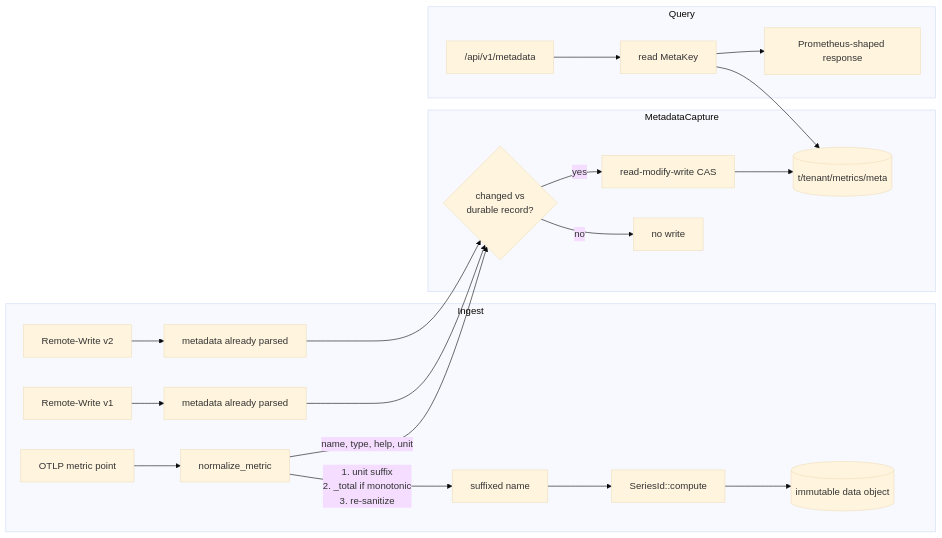
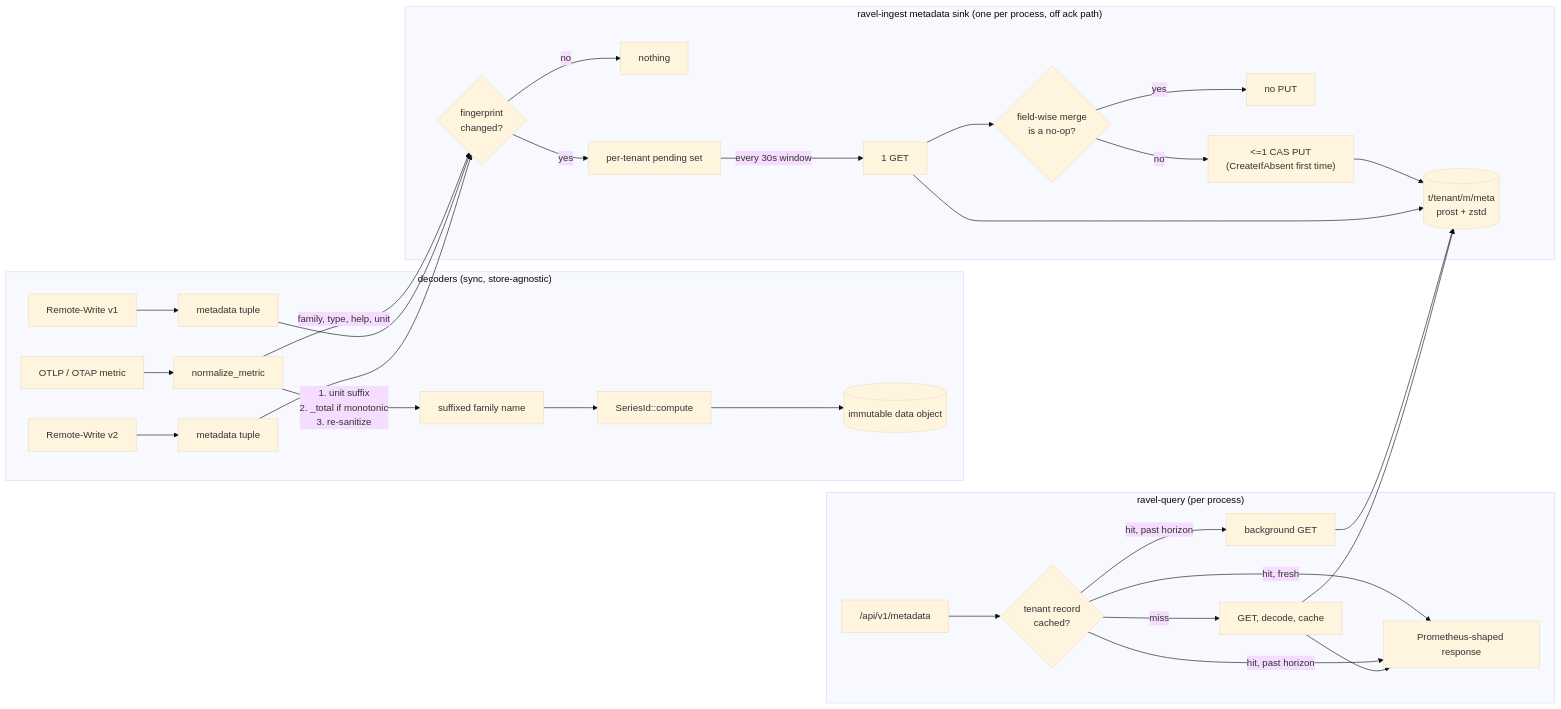
Before and after one commit to NOFireAI/ravel: the diagram in docs/adrs/0085-metric-metadata-and-otlp-suffixing.md, drawn with Mermaid (base theme). The commit also changed other lines of this file, not shown here.

First line of the commit message:
docs: amend ADR-0085 for request count and read latency

````diff
--- a/docs/adrs/0085-metric-metadata-and-otlp-suffixing.md
+++ b/docs/adrs/0085-metric-metadata-and-otlp-suffixing.md
@@ -264,24 +375,34 @@
 ```mermaid
 flowchart LR
-    subgraph Ingest
-        OTLP[OTLP metric point] --> Norm[normalize_metric]
-        RW1[Remote-Write v1] --> Meta1[metadata already parsed]
-        RW2[Remote-Write v2] --> Meta2[metadata already parsed]
-        Norm -->|"1. unit suffix<br/>2. _total if monotonic<br/>3. re-sanitize"| SuffixedName[suffixed name]
+    subgraph Decoders["decoders (sync, store-agnostic)"]
+        OTLP[OTLP / OTAP metric] --> Norm[normalize_metric]
+        RW1[Remote-Write v1] --> Meta1[metadata tuple]
+        RW2[Remote-Write v2] --> Meta2[metadata tuple]
+        Norm -->|"1. unit suffix<br/>2. _total if monotonic<br/>3. re-sanitize"| SuffixedName[suffixed family name]
         SuffixedName --> SeriesId[SeriesId::compute]
         SeriesId --> DataObj[(immutable data object)]
     end
-    subgraph MetadataCapture
-        Norm -->|"name, type, help, unit"| Cache{"changed vs<br/>durable record?"}
-        Meta1 --> Cache
-        Meta2 --> Cache
-        Cache -->|yes| CAS[read-modify-write CAS]
-        Cache -->|no| Skip[no write]
-        CAS --> MetaKey[(t/tenant/metrics/meta)]
+    subgraph Sink["ravel-ingest metadata sink (one per process, off ack path)"]
+        Norm -->|"family, type, help, unit"| FP{"fingerprint<br/>changed?"}
+        Meta1 --> FP
+        Meta2 --> FP
+        FP -->|no| Skip[nothing]
+        FP -->|yes| Pending[per-tenant pending set]
+        Pending -->|"every 30s window"| Get["1 GET"]
+        Get --> Merge{"field-wise merge<br/>is a no-op?"}
+        Merge -->|yes| Skip2[no PUT]
+        Merge -->|no| Put["<=1 CAS PUT<br/>(CreateIfAbsent first time)"]
+        Put --> MetaKey[("t/tenant/m/meta<br/>prost + zstd")]
+        Get --> MetaKey
     end
-    subgraph Query
-        API["/api/v1/metadata"] --> Read[read MetaKey]
-        Read --> MetaKey
-        Read --> Resp[Prometheus-shaped response]
+    subgraph Query["ravel-query (per process)"]
+        API["/api/v1/metadata"] --> Cache{"tenant record<br/>cached?"}
+        Cache -->|"hit, fresh"| Resp[Prometheus-shaped response]
+        Cache -->|"hit, past horizon"| Resp
+        Cache -->|"hit, past horizon"| Refresh["background GET"]
+        Cache -->|miss| Fill["GET, decode, cache"]
+        Fill --> Resp
+        Refresh --> MetaKey
+        Fill --> MetaKey
     end
 ```
````
